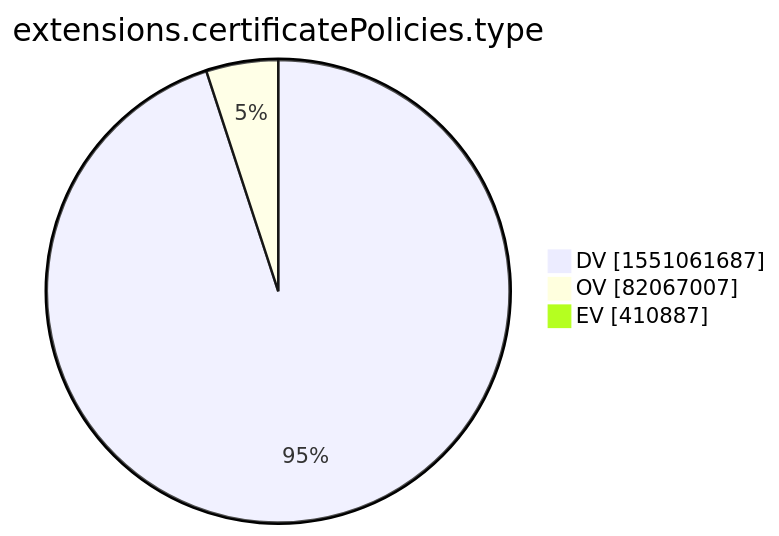
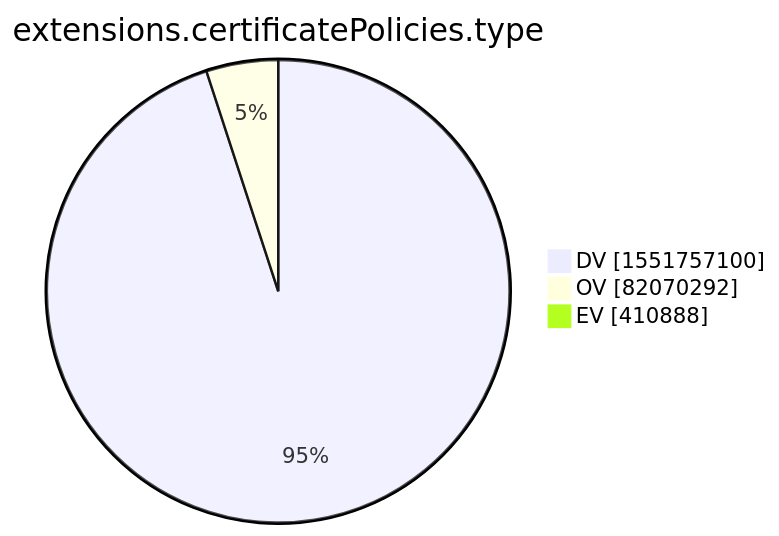
The tenth of 15 diagrams in xenon2022/README.md (christiankrug/ctmonitor_visualization), drawn with Mermaid before and after one commit. The commit also changed other lines of this file, not shown here.

````diff
--- a/xenon2022/README.md
+++ b/xenon2022/README.md
@@ -2876,7 +2876,7 @@
 ```mermaid
 pie showData
 title extensions.certificatePolicies.type
-"DV" :1551061687
-"OV" :82067007
-"EV" :410887
+"DV" :1551757100
+"OV" :82070292
+"EV" :410888
 ```
````
